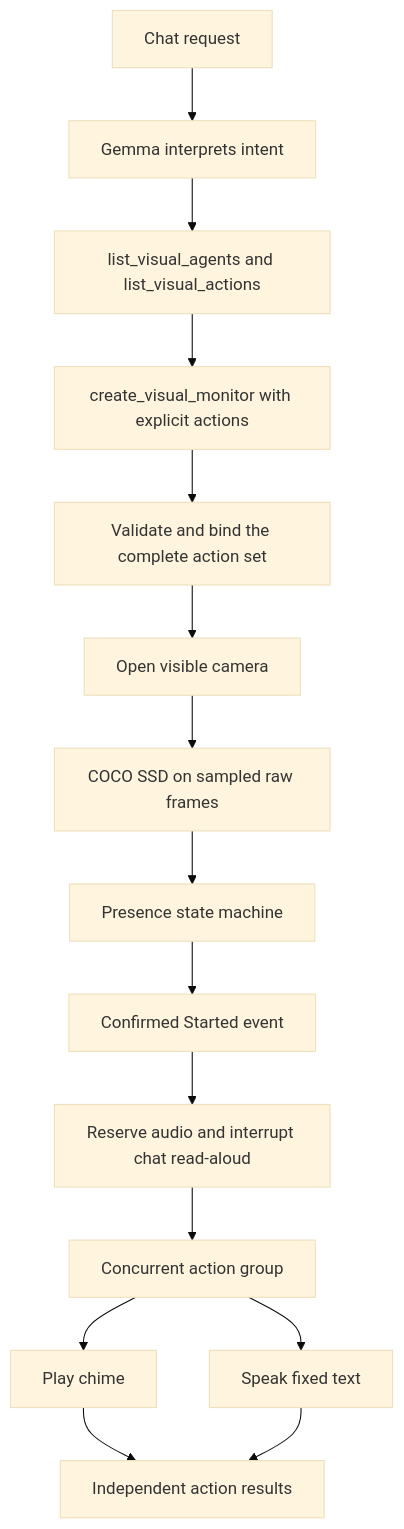
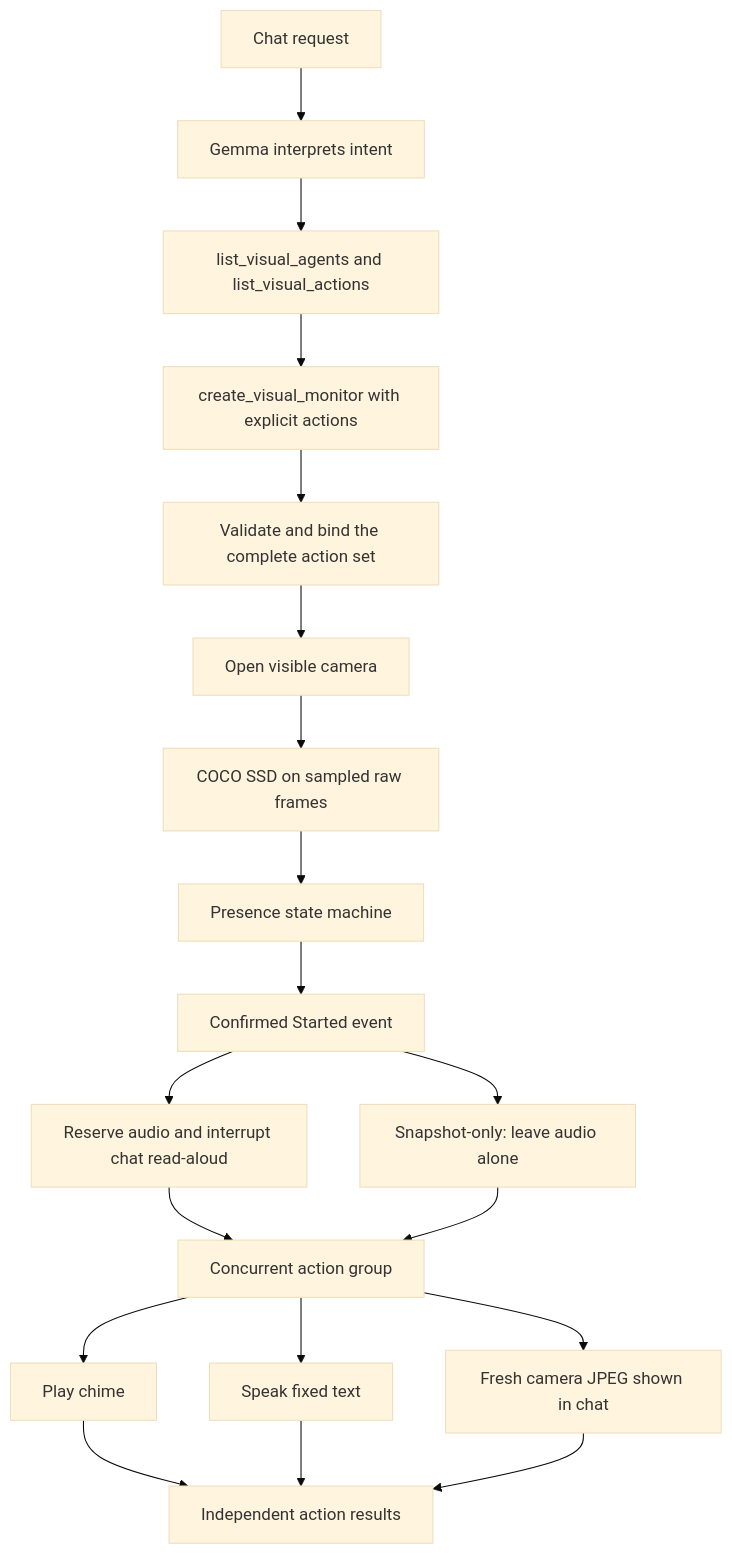
Before and after one commit to emgucv/emgu_litert: the diagram in Emgu.LiteRT.Example/Maui.Lite/VISUAL_AGENT_WORKFLOW.md, drawn with Mermaid (base theme). The commit also changed other lines of this file and 26 other files, not shown here.

````diff
--- a/Emgu.LiteRT.Example/Maui.Lite/VISUAL_AGENT_WORKFLOW.md
+++ b/Emgu.LiteRT.Example/Maui.Lite/VISUAL_AGENT_WORKFLOW.md
@@ -15,17 +15,21 @@
 ```mermaid
 flowchart TD
     Request[Chat request] --> Model[Gemma interprets intent]
     Model --> Discover[list_visual_agents and list_visual_actions]
     Discover --> Tool[create_visual_monitor with explicit actions]
     Tool --> Bind[Validate and bind the complete action set]
     Bind --> Camera[Open visible camera]
     Camera --> Detector[COCO SSD on sampled raw frames]
     Detector --> Monitor[Presence state machine]
     Monitor --> Started[Confirmed Started event]
     Started --> Audio[Reserve audio and interrupt chat read-aloud]
     Audio --> Group[Concurrent action group]
+    Started --> Silent[Snapshot-only: leave audio alone]
+    Silent --> Group
     Group --> Chime[Play chime]
     Group --> Speech[Speak fixed text]
+    Group --> Snapshot[Fresh camera JPEG shown in chat]
     Chime --> Results[Independent action results]
     Speech --> Results
+    Snapshot --> Results
 ```
````
